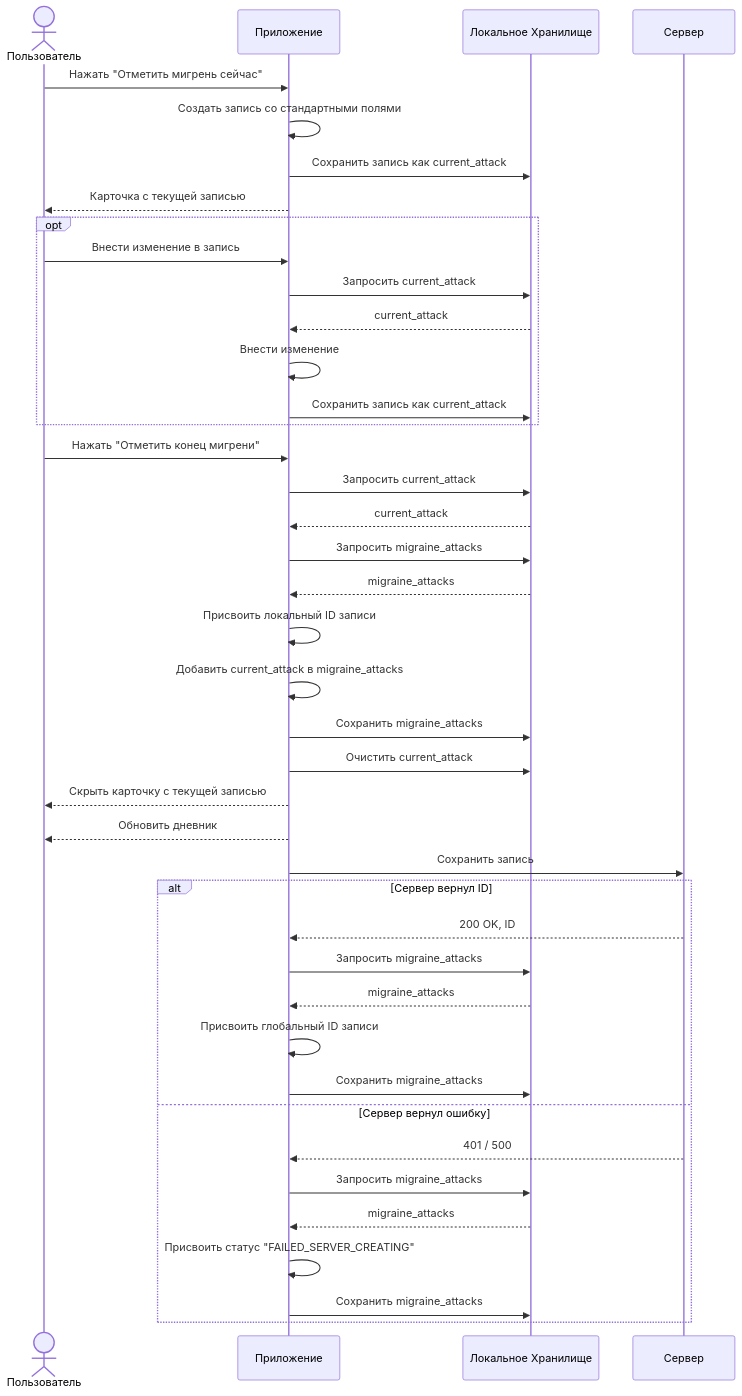
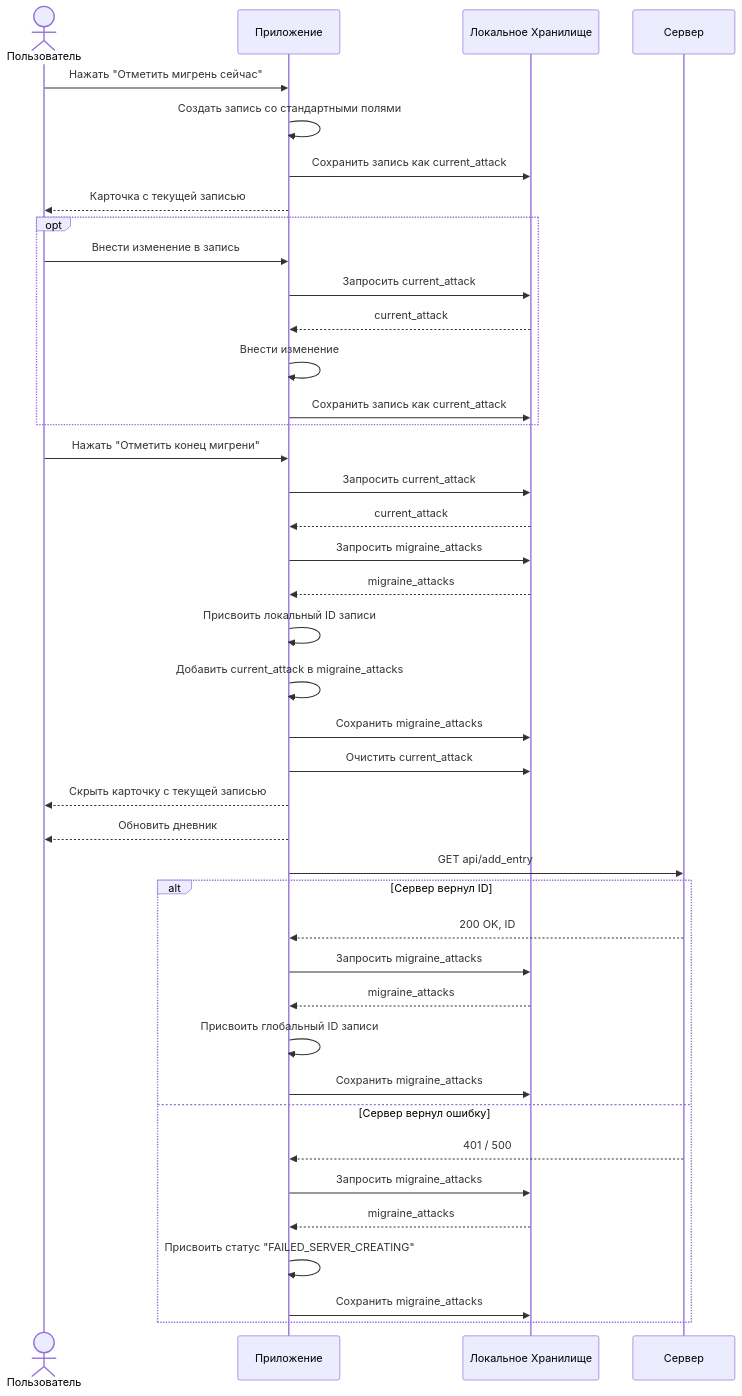
Before and after one commit to anem1a/migrenoznik: the second of 2 diagrams in architecture/migrenoznik.md, drawn with Mermaid.

Commit message:
Beautify

````diff
--- a/architecture/migrenoznik.md
+++ b/architecture/migrenoznik.md
@@ -47,43 +47,43 @@
 ```mermaid
 sequenceDiagram
     Actor Пользователь
     participant Приложение
     participant Локальное Хранилище
     participant Сервер
     Пользователь->>Приложение: Нажать "Отметить мигрень сейчас"
     Приложение->>Приложение: Создать запись со стандартными полями
     Приложение->>Локальное Хранилище: Сохранить запись как current_attack
     Приложение-->>Пользователь: Карточка с текущей записью
     opt
     Пользователь->>Приложение: Внести изменение в запись
     Приложение->>Локальное Хранилище: Запросить current_attack
     Локальное Хранилище-->>Приложение: current_attack
     Приложение->>Приложение: Внести изменение
     Приложение->>Локальное Хранилище: Сохранить запись как current_attack
     end
     Пользователь->>Приложение: Нажать "Отметить конец мигрени"
     Приложение->>Локальное Хранилище: Запросить current_attack
     Локальное Хранилище-->>Приложение: current_attack
     Приложение->>Локальное Хранилище: Запросить migraine_attacks
     Локальное Хранилище-->>Приложение: migraine_attacks
     Приложение->>Приложение: Присвоить локальный ID записи
     Приложение->>Приложение: Добавить current_attack в migraine_attacks
     Приложение->>Локальное Хранилище: Сохранить migraine_attacks
     Приложение->>Локальное Хранилище: Очистить current_attack
     Приложение-->>Пользователь: Скрыть карточку с текущей записью
     Приложение-->>Пользователь: Обновить дневник
-    Приложение->>Сервер: Сохранить запись
+    Приложение->>Сервер: GET api/add_entry
     alt Сервер вернул ID
     Сервер-->>Приложение: 200 OK, ID
     Приложение->>Локальное Хранилище: Запросить migraine_attacks
     Локальное Хранилище-->>Приложение: migraine_attacks
     Приложение->>Приложение: Присвоить глобальный ID записи
     Приложение->>Локальное Хранилище: Сохранить migraine_attacks
     else Сервер вернул ошибку
     Сервер-->>Приложение: 401 / 500
     Приложение->>Локальное Хранилище: Запросить migraine_attacks
     Локальное Хранилище-->>Приложение: migraine_attacks
     Приложение->>Приложение: Присвоить статус "FAILED_SERVER_CREATING"
     Приложение->>Локальное Хранилище: Сохранить migraine_attacks
     end
 ```
````
